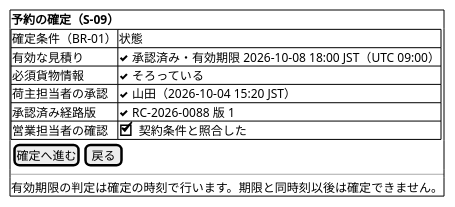
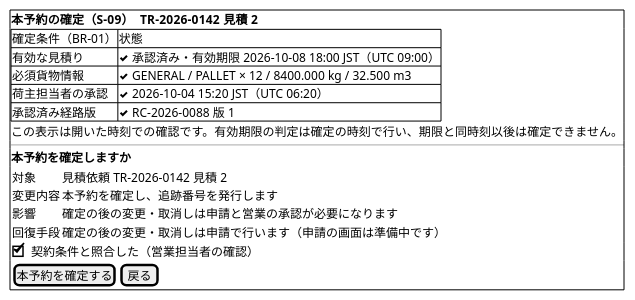
Diagram 16 of 22 in docs/design/cargo-tracker/ui_design.md (k2works/practical-domain-driven-design-in-enterpris-application), drawn with PlantUML before and after one commit. The commit also changed other lines of this file and 5 other files, not shown here.

````diff
--- a/docs/design/cargo-tracker/ui_design.md
+++ b/docs/design/cargo-tracker/ui_design.md
@@ -654,18 +656,25 @@
 ```plantuml
 @startsalt
 {+
-  <b>予約の確定（S-09）
+  <b>本予約の確定（S-09）　TR-2026-0142 見積 2
   {#
     確定条件（BR-01） | 状態
     有効な見積り | <&check> 承認済み・有効期限 2026-10-08 18:00 JST（UTC 09:00）
-    必須貨物情報 | <&check> そろっている
-    荷主担当者の承認 | <&check> 山田（2026-10-04 15:20 JST）
+    必須貨物情報 | <&check> GENERAL / PALLET × 12 / 8400.000 kg / 32.500 m3
+    荷主担当者の承認 | <&check> 2026-10-04 15:20 JST（UTC 06:20）
     承認済み経路版 | <&check> RC-2026-0088 版 1
-    営業担当者の確認 | [X] 契約条件と照合した
   }
-  { [ 確定へ進む ] | [ 戻る ] }
+  この表示は開いた時刻での確認です。有効期限の判定は確定の時刻で行い、期限と同時刻以後は確定できません。
   ---
-  有効期限の判定は確定の時刻で行います。期限と同時刻以後は確定できません。
+  <b>本予約を確定しますか
+  {
+    対象       | 見積依頼 TR-2026-0142 見積 2
+    変更内容   | 本予約を確定し、追跡番号を発行します
+    影響       | 確定の後の変更・取消しは申請と営業の承認が必要になります
+    回復手段   | 確定の後の変更・取消しは申請で行います（申請の画面は準備中です）
+  }
+  [X] 契約条件と照合した（営業担当者の確認）
+  { [ 本予約を確定する ] | [ 戻る ] }
 }
 @endsalt
 ```
````
